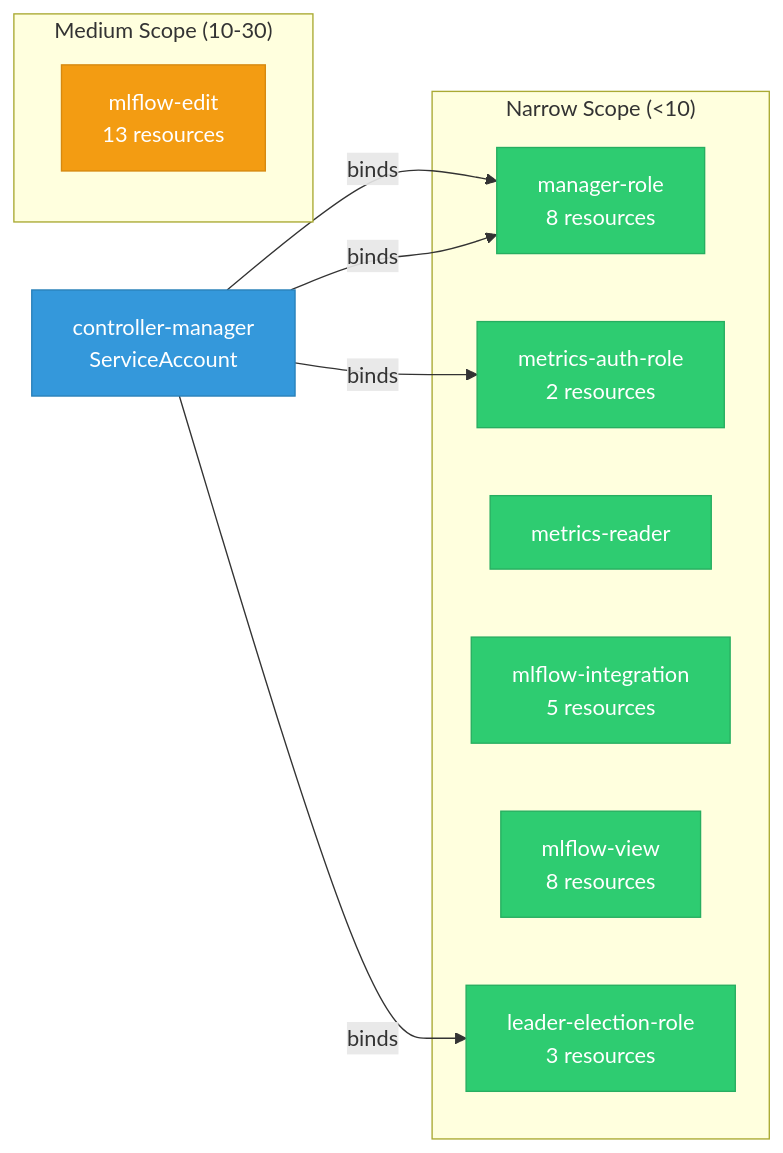
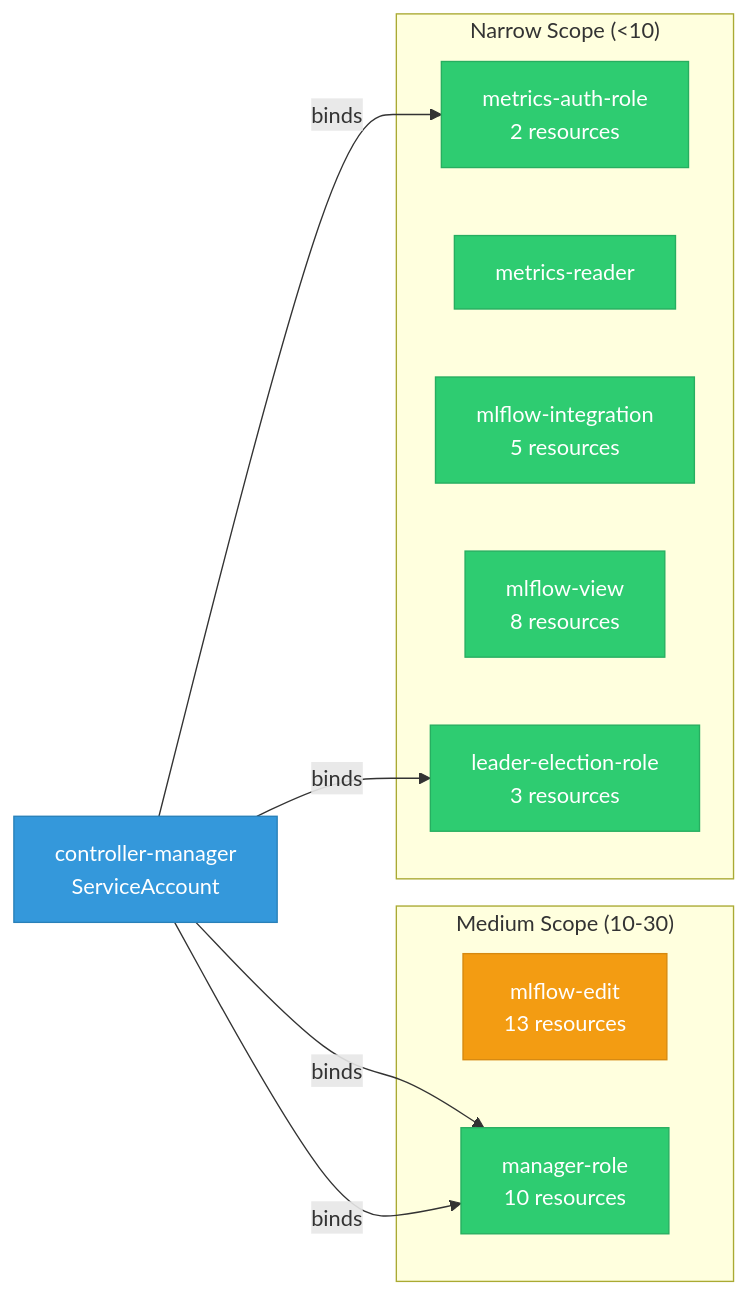
The diagram in site/docs/use-cases/odh-platform/components/mlflow_operator/rbac.md (ugiordan/rhoai-architecture-analyzer), drawn with Mermaid before and after one commit. The commit also changed other lines of this file and 402 other files, not shown here.

````diff
--- a/site/docs/use-cases/odh-platform/components/mlflow_operator/rbac.md
+++ b/site/docs/use-cases/odh-platform/components/mlflow_operator/rbac.md
@@ -9,26 +9,26 @@
 ```mermaid
 graph LR
     classDef wide fill:#e74c3c,stroke:#c0392b,color:#fff
     classDef medium fill:#f39c12,stroke:#d68910,color:#fff
     classDef narrow fill:#2ecc71,stroke:#27ae60,color:#fff
     classDef subject fill:#3498db,stroke:#2980b9,color:#fff
 
     subgraph med["Medium Scope (10-30)"]
     mlflow_edit["mlflow-edit\n13 resources"]:::medium
+    manager_role["manager-role\n11 resources"]:::medium
     end
     subgraph nar["Narrow Scope (<10)"]
     manager_role["manager-role\n10 resources"]:::narrow
     metrics_auth_role["metrics-auth-role\n2 resources"]:::narrow
     metrics_reader["metrics-reader"]:::narrow
     mlflow_integration["mlflow-integration\n5 resources"]:::narrow
     mlflow_view["mlflow-view\n8 resources"]:::narrow
     leader_election_role["leader-election-role\n3 resources"]:::narrow
-    manager_role["manager-role\n8 resources"]:::narrow
     end
 
     subj_controller_manager["controller-manager\nServiceAccount"]:::subject
     subj_controller_manager -->|binds| manager_role
     subj_controller_manager -->|binds| metrics_auth_role
     subj_controller_manager -->|binds| leader_election_role
     subj_controller_manager -->|binds| manager_role
 ```
````
